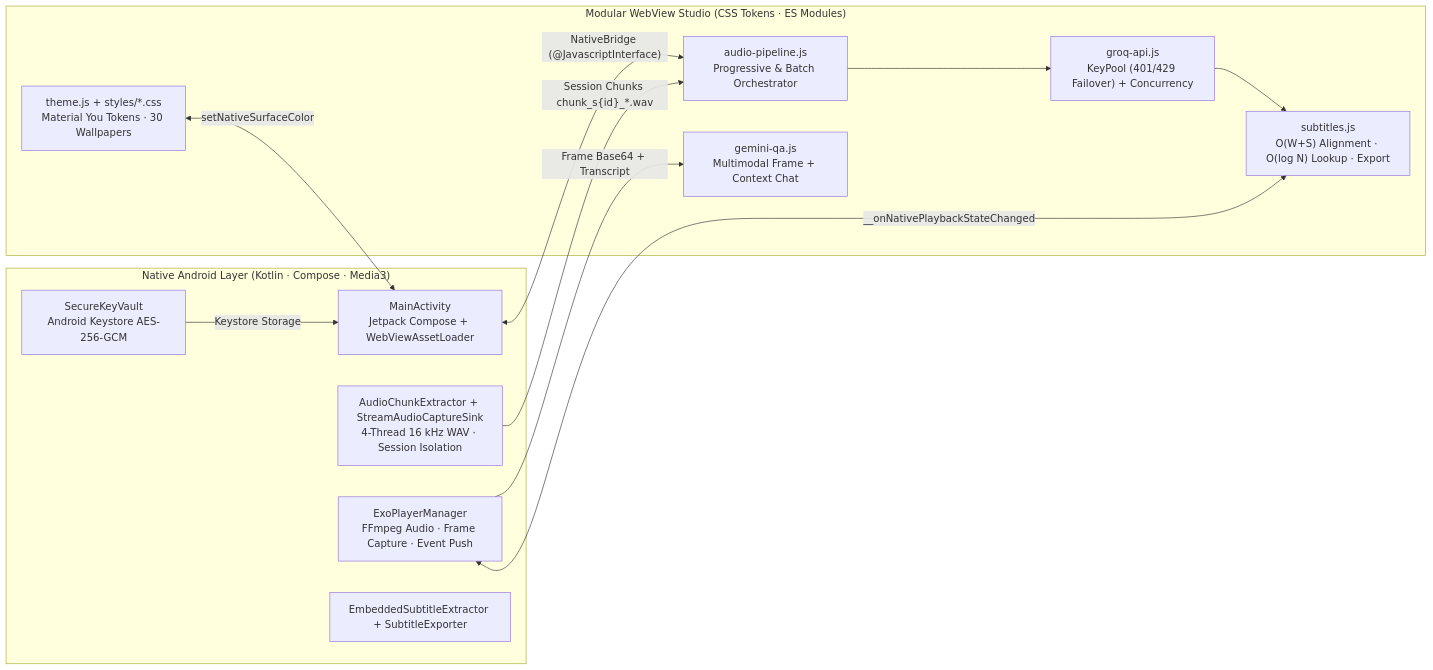
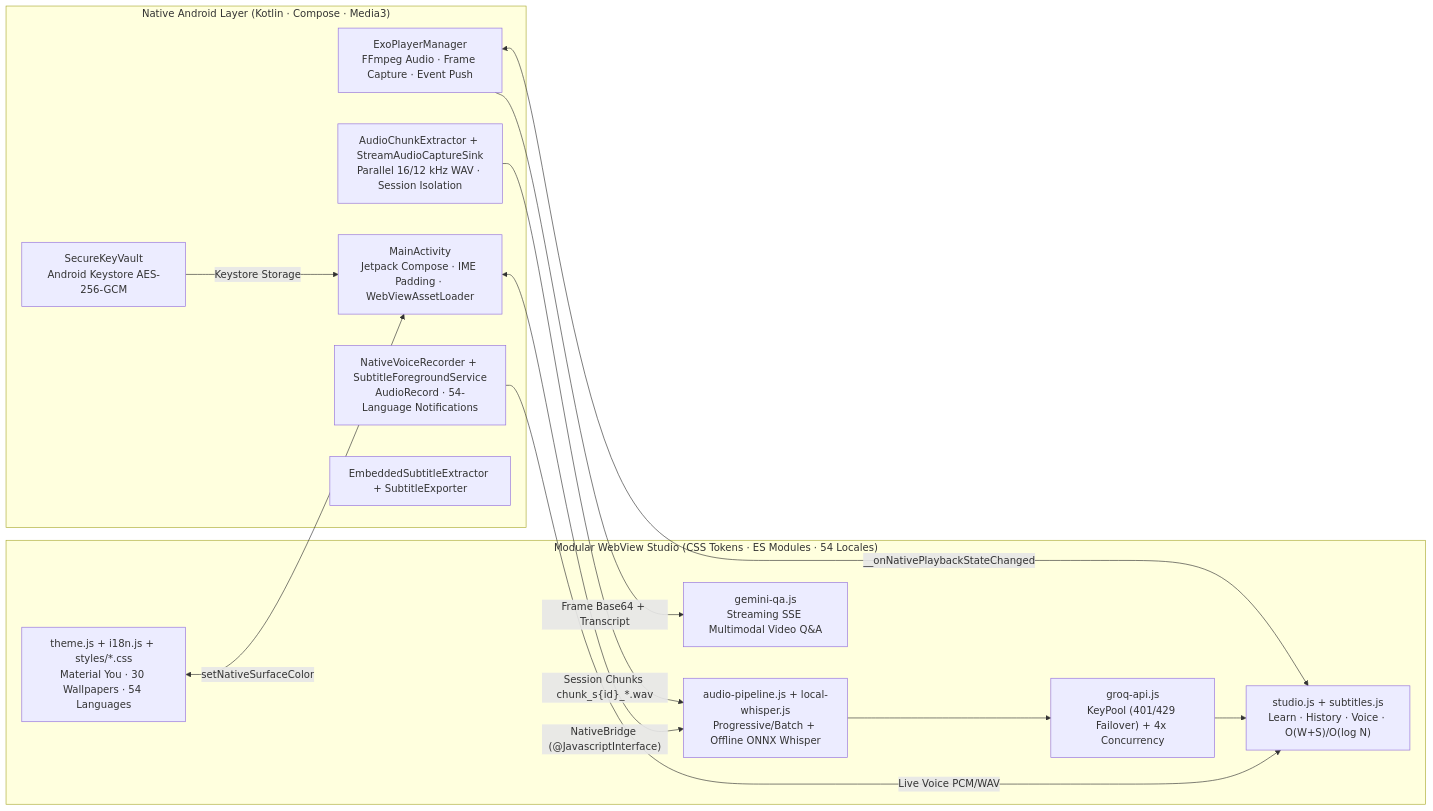
Before and after one commit to yusibov2026-hue/SubLater: the diagram in README.md, drawn with Mermaid. The commit also changed other lines of this file and 23 other files, not shown here.

Commit message:
Release v1.0.85: new gradient icon, accent Voice translate picker, borderless main card, Material You welcome & updated READMEs

````diff
--- a/README.md
+++ b/README.md
@@ -137,27 +145,29 @@
 ```mermaid
 flowchart LR
   subgraph Android["Native Android Layer (Kotlin · Compose · Media3)"]
-    UI["MainActivity<br/>Jetpack Compose + WebViewAssetLoader"]
+    UI["MainActivity<br/>Jetpack Compose · IME Padding · WebViewAssetLoader"]
     Vault["SecureKeyVault<br/>Android Keystore AES-256-GCM"]
     Player["ExoPlayerManager<br/>FFmpeg Audio · Frame Capture · Event Push"]
-    Extract["AudioChunkExtractor + StreamAudioCaptureSink<br/>4-Thread 16 kHz WAV · Session Isolation"]
+    Extract["AudioChunkExtractor + StreamAudioCaptureSink<br/>Parallel 16/12 kHz WAV · Session Isolation"]
+    Mic["NativeVoiceRecorder + SubtitleForegroundService<br/>AudioRecord · 54-Language Notifications"]
     SubsNative["EmbeddedSubtitleExtractor + SubtitleExporter"]
   end
 
-  subgraph WebView["Modular WebView Studio (CSS Tokens · ES Modules)"]
-    Pipeline["audio-pipeline.js<br/>Progressive &amp; Batch Orchestrator"]
-    Groq["groq-api.js<br/>KeyPool (401/429 Failover) + Concurrency"]
-    SubEngine["subtitles.js<br/>O(W+S) Alignment · O(log N) Lookup · Export"]
-    Theme["theme.js + styles/*.css<br/>Material You Tokens · 30 Wallpapers"]
-    Gemini["gemini-qa.js<br/>Multimodal Frame + Context Chat"]
+  subgraph WebView["Modular WebView Studio (CSS Tokens · ES Modules · 54 Locales)"]
+    Pipeline["audio-pipeline.js + local-whisper.js<br/>Progressive/Batch + Offline ONNX Whisper"]
+    Groq["groq-api.js<br/>KeyPool (401/429 Failover) + 4x Concurrency"]
+    Studio["studio.js + subtitles.js<br/>Learn · History · Voice · O(W+S)/O(log N)"]
+    Theme["theme.js + i18n.js + styles/*.css<br/>Material You · 30 Wallpapers · 54 Languages"]
+    Gemini["gemini-qa.js<br/>Streaming SSE Multimodal Video Q&amp;A"]
   end
 
   UI <-->|"NativeBridge (@JavascriptInterface)"| Pipeline
   Vault -->|"Keystore Storage"| UI
   Extract -->|"Session Chunks chunk_s{id}_*.wav"| Pipeline
+  Mic -->|"Live Voice PCM/WAV"| Studio
   Pipeline --> Groq
-  Groq --> SubEngine
-  Player <-->|"__onNativePlaybackStateChanged"| SubEngine
+  Groq --> Studio
+  Player <-->|"__onNativePlaybackStateChanged"| Studio
   Player -->|"Frame Base64 + Transcript"| Gemini
   Theme <-->|"setNativeSurfaceColor"| UI
 ```
````
